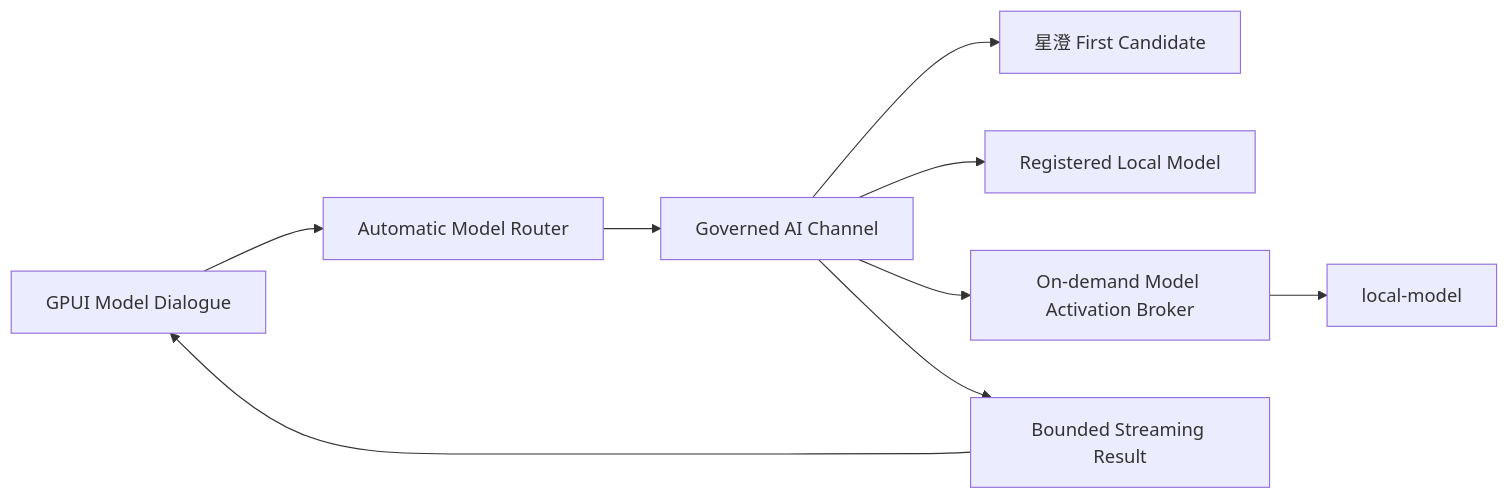
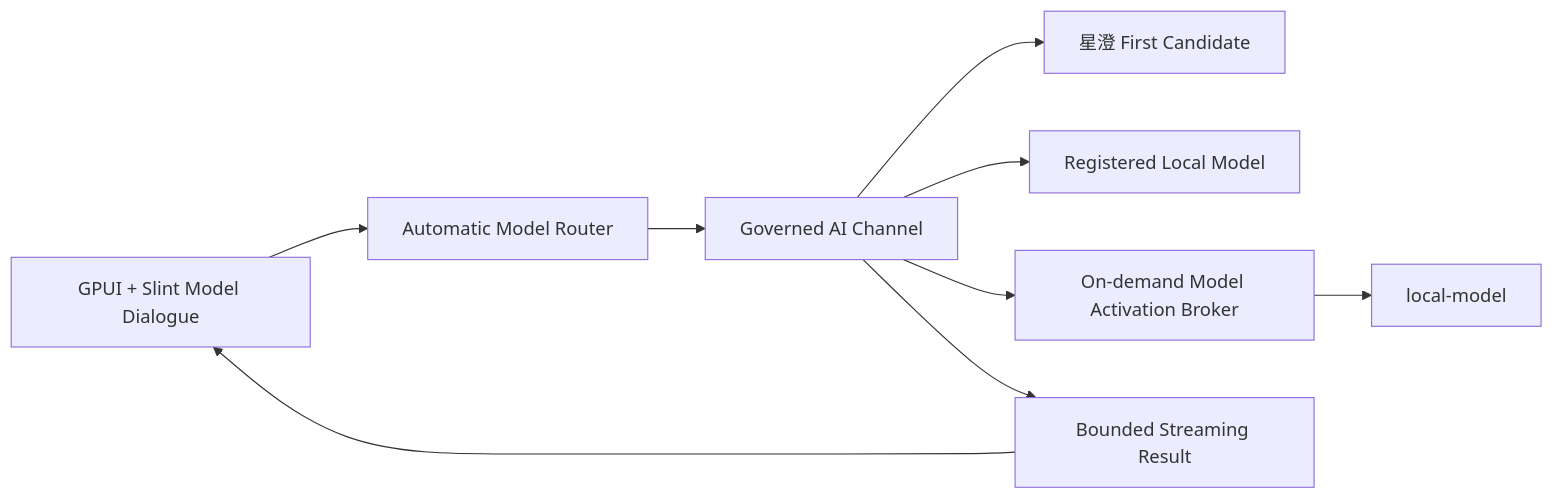
The diagram in governance_rule/codex/architecture-tool-model-dialogue.md (guilty442-source/GPTBridge), drawn with Mermaid before and after one commit. The commit also changed other lines of this file and 92 other files, not shown here.

````diff
--- a/governance_rule/codex/architecture-tool-model-dialogue.md
+++ b/governance_rule/codex/architecture-tool-model-dialogue.md
@@ -3,11 +3,11 @@
 ```mermaid
 flowchart LR
-  UI[GPUI Model Dialogue] --> ROUTER[Automatic Model Router]
+  UI[GPUI + Slint Model Dialogue] --> ROUTER[Automatic Model Router]
   ROUTER --> INFO[Governed AI Channel]
   INFO --> XC[星澄 First Candidate]
   INFO --> OTHER[Registered Local Model]
   INFO --> BROKER[On-demand Model Activation Broker]
   BROKER --> LOCAL[local-model]
   INFO --> STREAM[Bounded Streaming Result]
   STREAM --> UI
 ```
````
